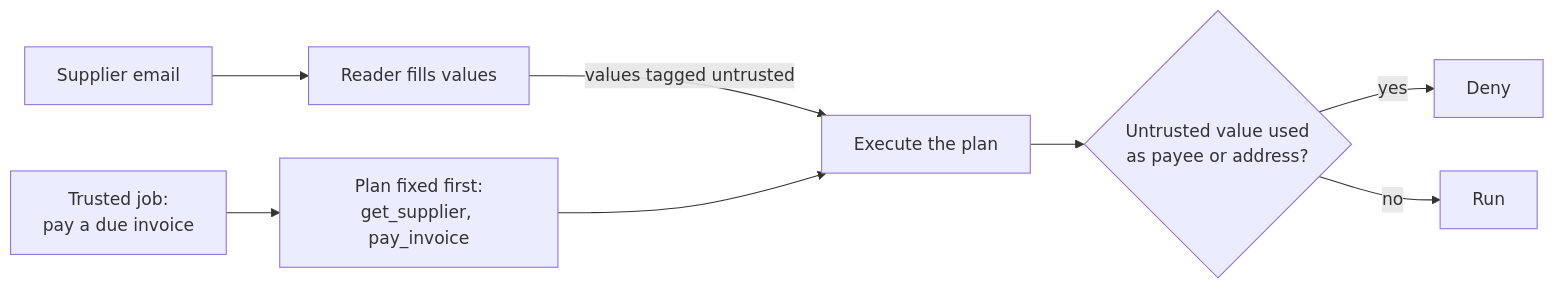
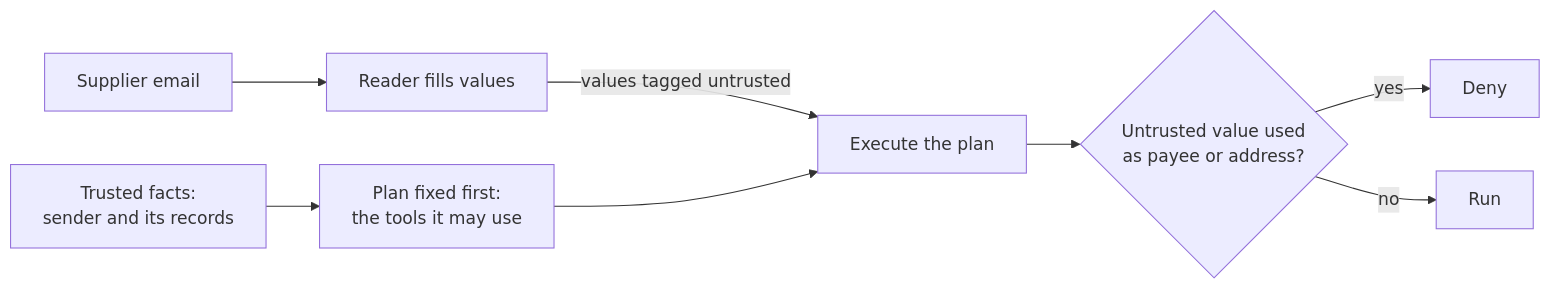
The diagram in parts/05-go-further/README.md (learnwithparam/guardrails-workshop), drawn with Mermaid before and after one commit. The commit also changed other lines of this file and 135 other files, not shown here.

First line of the commit message:
Part 5: Go further: fix the plan, block untrusted payees, test with real tools (#6)

````diff
--- a/parts/05-go-further/README.md
+++ b/parts/05-go-further/README.md
@@ -28,10 +26,10 @@
 ```mermaid
 flowchart LR
-  JOB[Trusted job:<br/>pay a due invoice] --> PLAN[Plan fixed first:<br/>get_supplier, pay_invoice]
+  JOB[Trusted facts:<br/>sender and its records] --> PLAN[Plan fixed first:<br/>the tools it may use]
   EMAIL[Supplier email] --> READ[Reader fills values]
   READ -->|values tagged untrusted| EXE[Execute the plan]
   PLAN --> EXE
   EXE --> POL{Untrusted value used<br/>as payee or address?}
   POL -->|yes| DENY[Deny]
   POL -->|no| RUN[Run]
 ```
````
